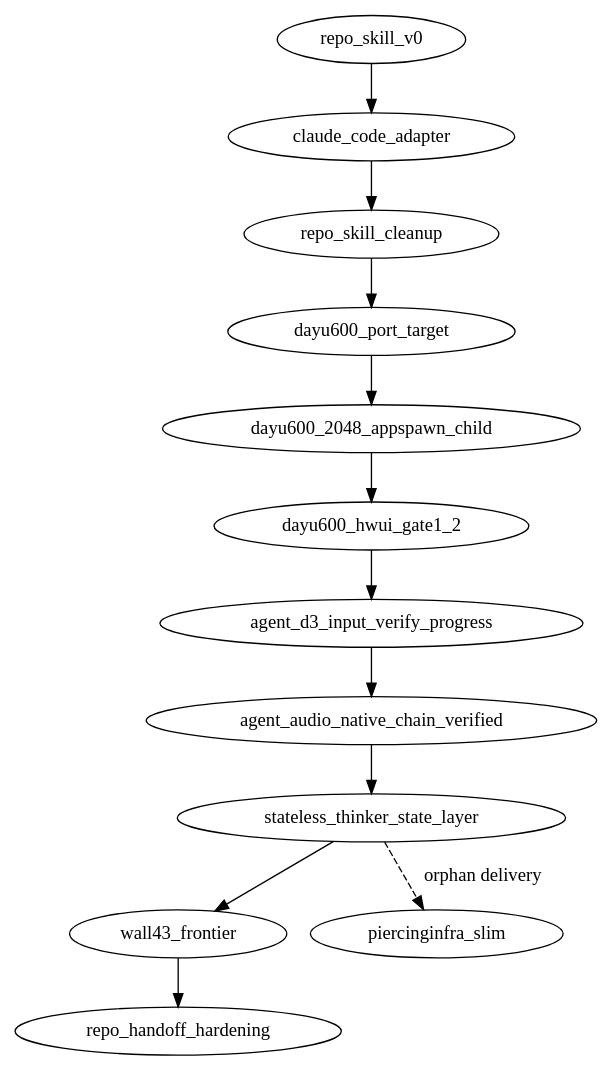
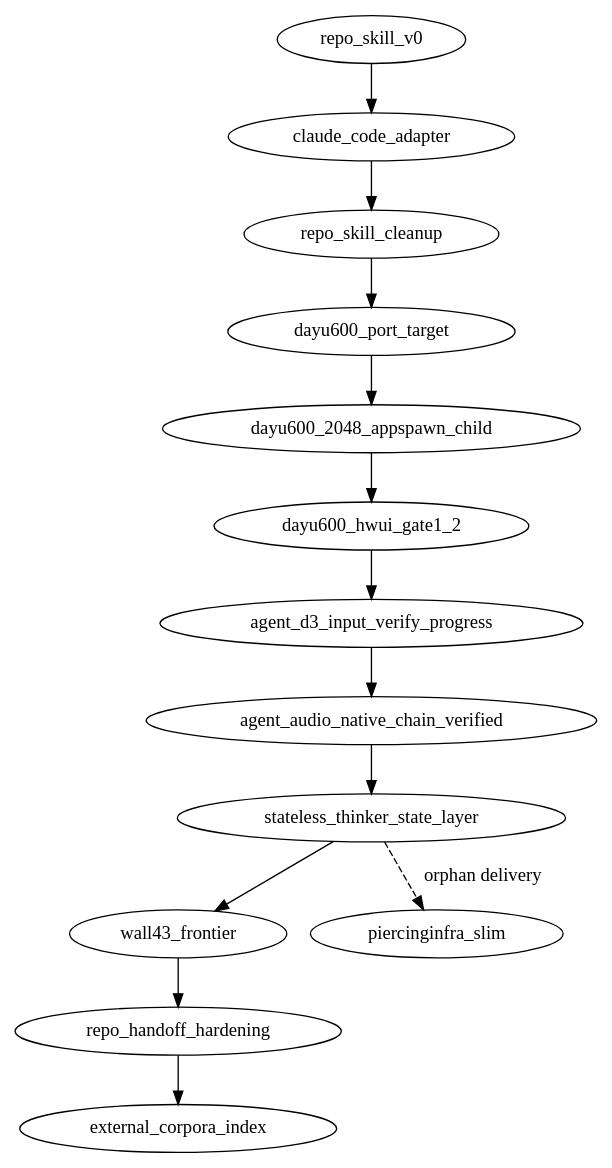
One commit to BH3GEI/westlake-piercing changed the diagram in REPO_HISTORY.dot. Above: the diagram before and after it, drawn with Graphviz. The commit also changed 5 other files, not shown here.

Commit message:
参考落盘:索引 a2hlab 需求与 Unity 语料

```diff
--- a/REPO_HISTORY.dot
+++ b/REPO_HISTORY.dot
@@ -1,153 +1,165 @@
 digraph westlake_repo_history {
   graph [
     format="repo-skill-milestone-dag-v1",
     rule="milestones, not every commit; commit=self is allowed only for the node introduced by the current commit; orphan deliveries are dashed"
   ];
 
   repo_skill_v0 [
     commit="fb3661c",
     base_commit="b9ede74ac6a19e9e05e09800a4c8757b60ea48d5",
     actor="Yao/Codex",
     title="add repo skill v0",
     user_input="Fork westlake-piercing to BH3GEI and add a dynamic repo skill system with DOT pipeline, lock, history, and skill-local tools.",
     agent_action="Created REPO_SKILL.md, REPO_PIPELINE.dot, REPO_LOCK.toml, REPO_HISTORY.dot, .repo-skill/SKILL.md, runner code, checks, and turn notes.",
     code_delta="No runtime adapter behavior changed; added collaboration and reproducibility metadata plus a local DOT runner.",
     verify="static runner checks; full replay requires DAYU200 and artifact baseline",
     note=".repo-skill/turns/2026-06-30-repo-skill-v0.md"
   ];
 
   claude_code_adapter [
     commit="6113f4b",
     base_commit="fb3661c",
     actor="Yao/Codex",
     title="add Claude Code skill adapter",
     user_input="Add the Claude Code layer so Claude can discover the repo skill without duplicating the main rules.",
     agent_action="Created .claude/skills/westlake-repo/SKILL.md and linked REPO_SKILL.md as the single source of truth.",
     code_delta="No runtime adapter behavior changed; added Claude Code discovery metadata and updated repo skill history.",
     verify="static file checks; full replay still requires DAYU200, hdc, and external artifacts",
     note=".repo-skill/turns/2026-06-30-claude-code-adapter.md"
   ];
 
   repo_skill_cleanup [
     commit="f926081",
     base_commit="6113f4b",
     actor="Yao/Codex",
     title="clean up repo skill metadata",
     user_input="Inspect BH3GEI/westlake-piercing, especially its built-in repo skill.",
     agent_action="Added Codex frontmatter to .repo-skill/SKILL.md, rewrote mojibake Claude adapter and turn note, improved missing-command/9009 reporting, and recorded this cleanup turn.",
     code_delta="No runtime adapter behavior changed; cleaned repository skill metadata, agent-facing history, and runner diagnostics.",
     verify="static skill checks; repo-local check flow fails honestly on this Windows host before hardware/artifact verification",
     note=".repo-skill/turns/2026-07-01-repo-skill-cleanup.md"
   ];
 
   dayu600_port_target [
     commit="570a81bc",
     base_commit="f926081",
     actor="Yao/Codex",
     title="declare DAYU600 as active port target",
     user_input="Clarify that westlake-piercing must be reproduced on the current DAYU600/uis7885 board, not only on DAYU200/RK3568.",
     agent_action="Updated repo skill, lock, pipeline, and docs for a DAYU600 port track; added a non-mutating dayu600-audit flow, live HDC audit checks, stock baseline hash inventory, and build-gap tracker.",
     code_delta="No runtime adapter behavior changed; added DAYU600 port metadata, docs, audit helpers, local stock baseline hash records, and source/build gap documentation.",
     verify="ran dayu600-audit over HDC; confirmed uis7885 arm64-v8a OpenHarmony 6.1.0.31, stock 64-bit appspawn, no appspawn-x, no /system/android substrate, and pulled stock appspawn/config/lib hashes",
     note=".repo-skill/turns/2026-07-01-dayu600-port-target.md"
   ];
 
   dayu600_2048_appspawn_child [
     commit="9920dbe7",
     base_commit="570a81bc",
     actor="Yao/Codex",
     title="run real 2048 APK inside DAYU600 app child",
     user_input="Run the attached 2048 APK on the OpenHarmony DAYU600 board using the A2OH/westlake-piercing port, not a rewritten clone.",
     agent_action="Added DAYU600 APK/framework/AppSpawnX fixtures, patched the aarch64 ART runtime for the standalone String.valueOf(int)/Integer.toString(int) path, added the embedded no-exit AppSpawnX path, deployed the probe runtime under /data/local/tmp, and joined aa start to a temporary AppSpawnX app-child route without replacing stock appspawn.",
     code_delta="Added reproducible DAYU600 2048 probe scripts and repo-skill flow entries; no /system binary replacement and no legacy 32-bit DAYU200 artifacts deployed.",
     verify="real com.digiplex.game.MainActivity.onCreate, privateR, gameStateJson, and gameMoveJson return RC:0 under standalone ART; temporary AppSpawnX app-child route runs embedded ART and onCreateNullTrace RC:0 inside m.digiplex.game while OHOS reaches AbilityTransitionDone",
     note=".repo-skill/turns/2026-07-02-dayu600-2048-appspawn-child.md"
   ];
 
   dayu600_hwui_gate1_2 [
     commit="0b080c40",
     base_commit="9920dbe7",
     actor="Yao/Claude",
     title="build libhwui.so + prove hwui renders on the DAYU600 panel",
     user_input="Drive the DAYU600 port toward running an Android game visibly on the board; build the real Android graphics stack and prove it renders.",
     agent_action="Built libhwui.so from AOSP 15 for aarch64-linux-ohos against the board's m133 Skia (gate 1); wrote a native RenderProxy harness + 5 interposer/shim TUs that make hwui's own pipeline render on the panel (gate 2, snapshot-verified); bisected gate 3 to a register_android_graphics_classes lifecycle-timeout in the embedded-ART child.",
     code_delta="Added the DAYU600 hwui build chain (scripts/, support-src/, include stubs), the gfx-smoke/ harness + interposers (fake libandroid, ANativeWindow shim, EGL + Skia interposers), and DAYU600-HWUI-BRINGUP.md; no /system writes; large outputs gitignored.",
     verify="gate 1: libhwui.so ELF64/AArch64 with full register_android_graphics_* exports; gate 2: on-device snapshot shows hwui-drawn green bg + red rect at exact recorded coords; gate 3: on-device A/B bisection + sysfreeze LIFECYCLE_TIMEOUT faultlog",
     note=".repo-skill/turns/2026-07-04-dayu600-hwui-gate1-2.md"
   ];
 
   agent_d3_input_verify_progress [
     commit="ecd3f01c",
     base_commit="0b080c40",
     actor="Yao/Claude",
     title="Agent-D3 input verification boot image and WM stub progress",
     user_input="Continue Agent-D3 mission: verify WestLake input chain on DAYU600 board 5583f5be and produce WLTEST/WLTEXT markers in hilog.",
     agent_action="Corrected the embedded-art probe's -Ximage option so ART loads the arm64 boot image; pushed a patched probe binary; confirmed InputVerifyStage installs a WindowManager stub before View construction; ran inputVerify stage via app_process64 + BOOTCLASSPATH + WESTLAKE_BOOT_IMAGE=1.",
     code_delta="Modified westlake_embedded_art_dlopen_probe.c -Ximage suffix; added scratchpad-shared/wl-input-d/InputVerifyStage.java and WindowManagerAdapter.java; updated AGENT-COORD.md and AGENT-CHAT.md.",
     verify="Boot image loaded successfully and Dayu600ApkStageProbe reached ActivityThread.systemMain(); new framework clinit failures (Build, ActivityManager/Random, MethodType) block InputVerifyStage.run; board 5583f5be disconnected after run.",
     note=".repo-skill/turns/2026-07-09-agent-d3-input-verify-progress.md"
   ];
 
   agent_audio_native_chain_verified [
     commit="53f1a277",
     base_commit="ecd3f01c",
     actor="Yao/Claude",
     title="Agent-Audio native audio chain verified end-to-end on DAYU600",
     user_input="Port the WestLake noice tap-to-speaker audio chain to 64-bit OHOS-6.1/A16 and verify it on DAYU600 boards; pause and document progress.",
     agent_action="Built arm64 audio bridges (libmedia_jni stub, liboh_mediacodec_shim, liboh_inproc_service), patched A16 framework.jar for audio focus and crash chain, wrote native_audiotest2_arm64 and toneplayer_arm64, and verified gates 3-6 on both DAYU600 boards with an audible 440Hz tone.",
     code_delta="Added scratchpad-shared/audio-port-64/ sources, scripts, runbook, and small verified binaries; updated REPO_LOCK.toml audio artifact hashes; removed accidentally tracked partial framework jar temp file.",
     verify="native_audiotest2_arm64 passes gate 3 (libmedia_jni dlopen) → gate 4 (register_MediaCodec_shim) → gate 5 (pthread detach) → gate 6 (OH_AudioStreamBuilder 440Hz tone) on 5583f5be and 5ce2dcee; toneplayer_arm64 also plays audible tone; gates 1-2 remain blocked by missing Java runtime.",
     note=".repo-skill/turns/2026-07-09-agent-audio-native-chain-verified.md"
   ];
 
   stateless_thinker_state_layer [
     commit="461f2495",
     base_commit="53f1a277",
     actor="Yao/Claude/Codex",
     title="replace whiteboard resident agents with bounded state and shift workers",
     user_input="Stop pseudo-parallel resident agents, preserve the real frontier, and make sessions disposable.",
     agent_action="Added AGENTS role routing, bounded state, task lanes, board locks, oracle discipline, atom mapping, dashboard generation, and CLI fleet guidance.",
     code_delta="Collaboration architecture changed; runtime claims were not promoted without oracle evidence.",
     verify="state budgets and generated dashboard checked; historical claimed PASS items intentionally remain unverified",
     note="state/DECISIONS.md (2026-07-09 entries)"
   ];
 
   wall43_frontier [
     commit="3656ddd7",
     base_commit="461f2495",
     actor="Yao/Claude",
     title="cast W-001 for DAYU600 AppCompat parent-chain wall",
     user_input="Continue the real DAYU600 first-frame path from the bounded frontier.",
     agent_action="Created W-001 and moved live focus to LEDGER wall 43.",
     code_delta="Task/state checkpoint only; the working tree later accumulated an unverified early-theme/native-append prototype.",
     verify="card existed; wall remained in progress with no oracle PASS",
     note="tasks/todo/W-001.md"
   ];
 
   piercinginfra_slim [
     commit="509a1e12",
     base_commit="orphan",
     actor="Yao/Claude",
     title="publish a slim PiercingInfra delivery as an orphan history",
     user_input="Publish the reusable infrastructure without scratchpad or generated binaries.",
     agent_action="Created and pushed the independent slim branch.",
     code_delta="Separate repository history; not merged into westlake main.",
     verify="piercinginfra/main resolves to 509a1e12",
     note="state/QUEUE.md F-001"
   ];
 
   repo_handoff_hardening [
     commit="self",
     base_commit="3656ddd7",
     actor="Yao/Codex",
     title="harden repository handoff and align live state with infra docs",
     user_input="Audit branches and merges, compare repo state with tree docs, improve project/global agent entrypoints, persist the bottleneck, and add GPT-5.6-Sol as a consultant.",
     agent_action="Audited Git topology; added a read-only handoff oracle; aligned role entries, state, card, board locks, lock/pipeline/history docs; marked DAYU200 docs legacy; verified a bounded Sol model invocation; removed credentials from always-on global guidance while retaining private pre-compression backups.",
     code_delta="Repository entry/state/check infrastructure plus the accumulated W-001 Java/native prototype; corrected the AppCompat attr oracle, nativeSetApkAssets signature and stale-artifact checks. No claim that wall 43 passed.",
     verify="see .repo-skill/turns/2026-07-10-repo-handoff-hardening.md",
     note=".repo-skill/turns/2026-07-10-repo-handoff-hardening.md"
   ];
 
-  repo_skill_v0 -> claude_code_adapter -> repo_skill_cleanup -> dayu600_port_target -> dayu600_2048_appspawn_child -> dayu600_hwui_gate1_2 -> agent_d3_input_verify_progress -> agent_audio_native_chain_verified -> stateless_thinker_state_layer -> wall43_frontier -> repo_handoff_hardening;
+  external_corpora_index [
+    commit="self",
+    base_commit="a5e2d9b8f25d2cd5a30c1fd328a97a51ca5d72e8",
+    actor="Yao/Codex",
+    title="index a2hlab requirement and Unity corpora without merging",
+    user_input="Review a2hlab/01.Project and a2hlab/02.APP after finishing the repository handoff, preserve their useful content without losing provenance, and report what remains.",
+    agent_action="Audited both private repositories at fixed commits; classified their source-of-truth boundaries, Git relationship, state drift, duplicate adapter trees and generation conflicts; refreshed one stale generated atom list and recorded minimal source pointers.",
+    code_delta="Documentation and reproducibility metadata only; no runtime code, state, task, board, device or oracle result changed.",
+    verify="fixed commit/tree/blob audit; external repos remained clean; reference blob hashes, TOML, DOT, handoff and repository diff checks",
+    note=".repo-skill/turns/2026-07-10-external-corpora-audit.md"
+  ];
+
+  repo_skill_v0 -> claude_code_adapter -> repo_skill_cleanup -> dayu600_port_target -> dayu600_2048_appspawn_child -> dayu600_hwui_gate1_2 -> agent_d3_input_verify_progress -> agent_audio_native_chain_verified -> stateless_thinker_state_layer -> wall43_frontier -> repo_handoff_hardening -> external_corpora_index;
   stateless_thinker_state_layer -> piercinginfra_slim [style="dashed", label="orphan delivery"];
 }
```
